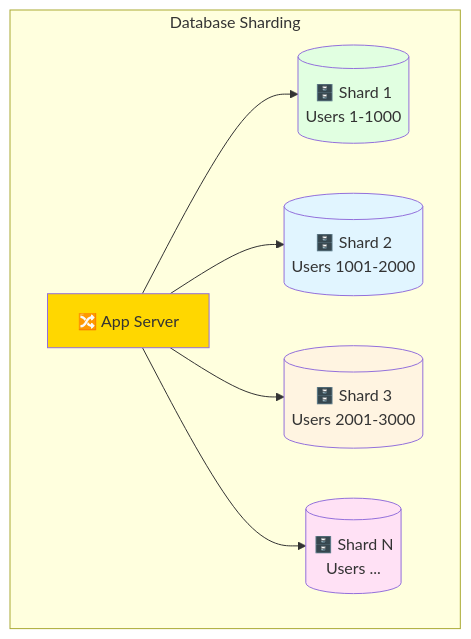
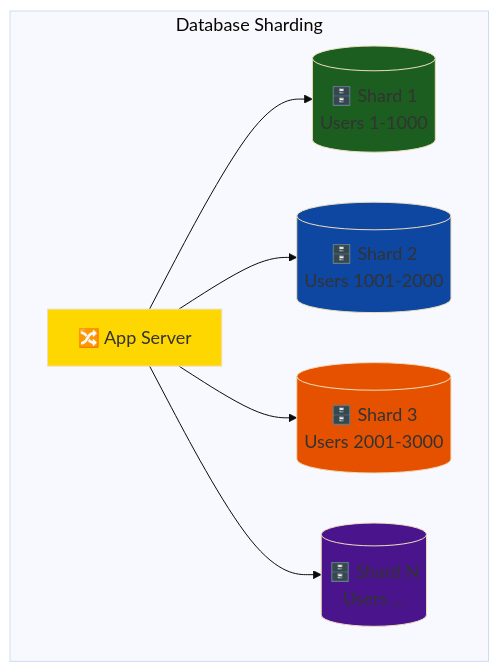
The ninth of 20 diagrams in courses/🟡-development/FPUNA-2026/01-DESARROLLO-SOFTWARE/05-diseno-sistemas.md (Ai-Whisperers/Courses-Content), drawn with Mermaid before and after one commit. The commit also changed other lines of this file and 47 other files, not shown here.

First line of the commit message:
fix: Make all 473 diagrams WCAG AAA accessible (FPUNA-2026)

````diff
--- a/courses/🟡-development/FPUNA-2026/01-DESARROLLO-SOFTWARE/05-diseno-sistemas.md
+++ b/courses/🟡-development/FPUNA-2026/01-DESARROLLO-SOFTWARE/05-diseno-sistemas.md
@@ -330,17 +338,18 @@
 ```mermaid
+%%{init: {'theme':'base', 'themeVariables': {'fontSize':'18px'}}}%%
 graph TD
     subgraph "Database Sharding"
         LB[🔀 App Server]
         
         LB --> S1[(🗄️ Shard 1<br/>Users 1-1000)]
         LB --> S2[(🗄️ Shard 2<br/>Users 1001-2000)]
         LB --> S3[(🗄️ Shard 3<br/>Users 2001-3000)]
         LB --> S4[(🗄️ Shard N<br/>Users ...)]
     end
     
     style LB fill:#FFD700
-    style S1 fill:#E1FFE1
-    style S2 fill:#E1F5FF
-    style S3 fill:#FFF4E1
-    style S4 fill:#FFE1F5
+    style S1 fill:#1b5e20
+    style S2 fill:#0d47a1
+    style S3 fill:#e65100
+    style S4 fill:#4a148c
 ```
````
